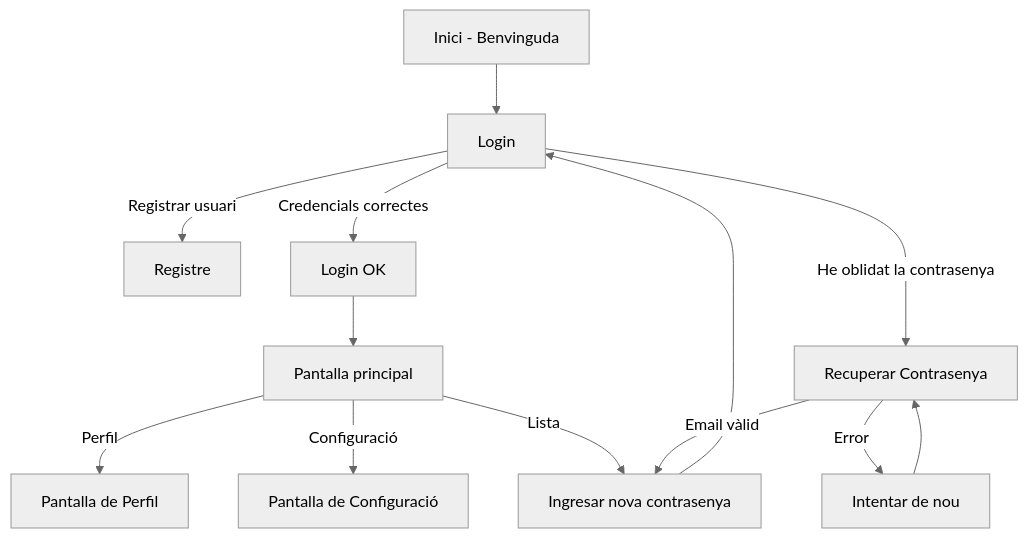
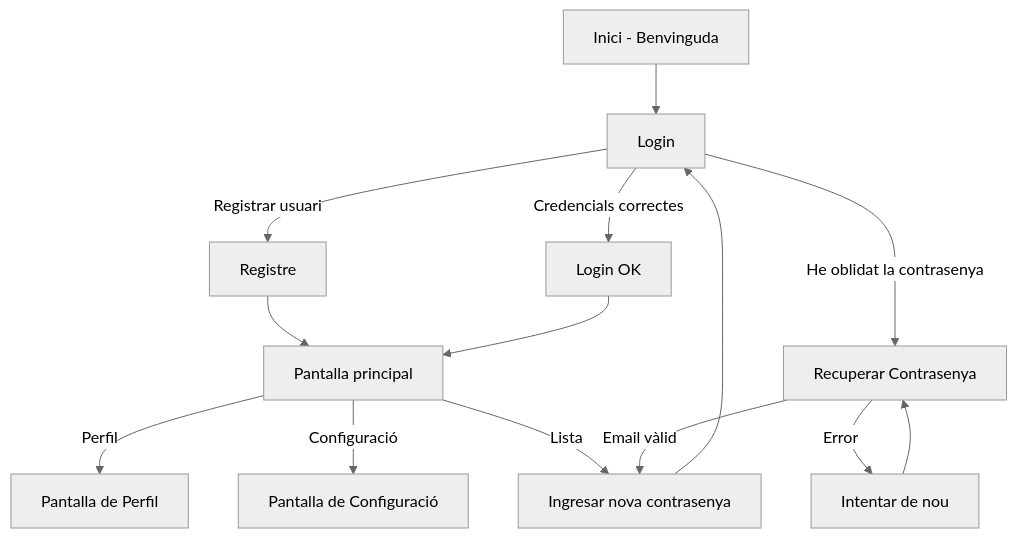
One commit to dmontes901/TapatApp changed the diagram in charts/diagramaNavegacio.mmd. Above: the diagram before and after it, drawn with Mermaid (neutral theme).

```diff
--- a/charts/diagramaNavegacio.mmd
+++ b/charts/diagramaNavegacio.mmd
@@ -1,13 +1,15 @@
 flowchart TD;
     A["Inici - Benvinguda"] --> B["Login"];
     B -->|Registrar usuari| C["Registre"];
+    C --> E["Pantalla principal"];
     B -->|Credencials correctes| D["Login OK "];
+
     
     D --> E["Pantalla principal"];
     E -->|Perfil| F["Pantalla de Perfil"];
     E -->|Configuració| G["Pantalla de Configuració"];
     E -->|Lista|I["Lista de nens"];
     
     B -->|He oblidat la contrasenya| H["Recuperar Contrasenya"];
     H -->|Email vàlid| I["Ingresar nova contrasenya"] --> B;
     H -->|Error| H1["Intentar de nou"] --> H;
```
